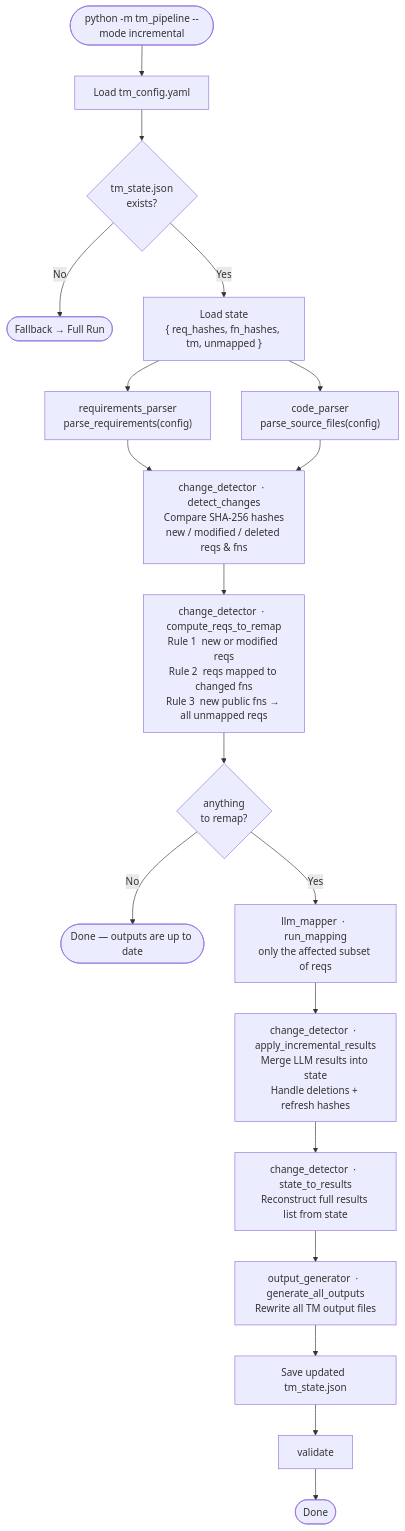
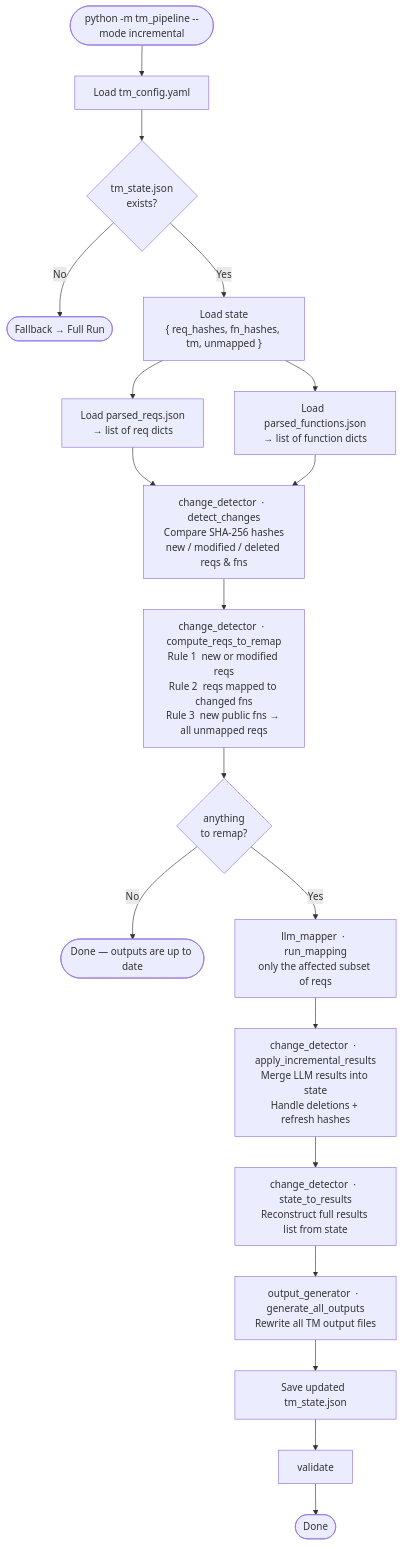
The sixth of 11 diagrams in ARCHITECTURE.md (AHMED-MOH7/Our-Project), drawn with Mermaid before and after one commit. The commit also changed other lines of this file, not shown here.

````diff
--- a/ARCHITECTURE.md
+++ b/ARCHITECTURE.md
@@ -182,26 +184,26 @@
 ```mermaid
 flowchart TD
     A(["python -m tm_pipeline --mode incremental"]) --> B["Load tm_config.yaml"]
     B --> C{"tm_state.json\nexists?"}
     C -- No --> D(["Fallback → Full Run"])
     C -- Yes --> E["Load state\n{ req_hashes, fn_hashes, tm, unmapped }"]
 
-    E --> F["requirements_parser\nparse_requirements(config)"]
-    E --> G["code_parser\nparse_source_files(config)"]
+    E --> F["Load  parsed_reqs.json\n→ list of req dicts"]
+    E --> G["Load  parsed_functions.json\n→ list of function dicts"]
 
     F --> H["change_detector  ·  detect_changes\nCompare SHA-256 hashes\nnew / modified / deleted reqs & fns"]
     G --> H
 
     H --> I["change_detector  ·  compute_reqs_to_remap\nRule 1  new or modified reqs\nRule 2  reqs mapped to changed fns\nRule 3  new public fns → all unmapped reqs"]
 
     I --> J{"anything\nto remap?"}
     J -- No --> K(["Done — outputs are up to date"])
     J -- Yes --> L["llm_mapper  ·  run_mapping\nonly the affected subset of reqs"]
 
     L --> M["change_detector  ·  apply_incremental_results\nMerge LLM results into state\nHandle deletions + refresh hashes"]
     M --> N["change_detector  ·  state_to_results\nReconstruct full results list from state"]
     N --> O["output_generator  ·  generate_all_outputs\nRewrite all TM output files"]
     O --> P["Save updated  tm_state.json"]
     P --> Q["validate"]
     Q --> R(["Done"])
 ```
````
